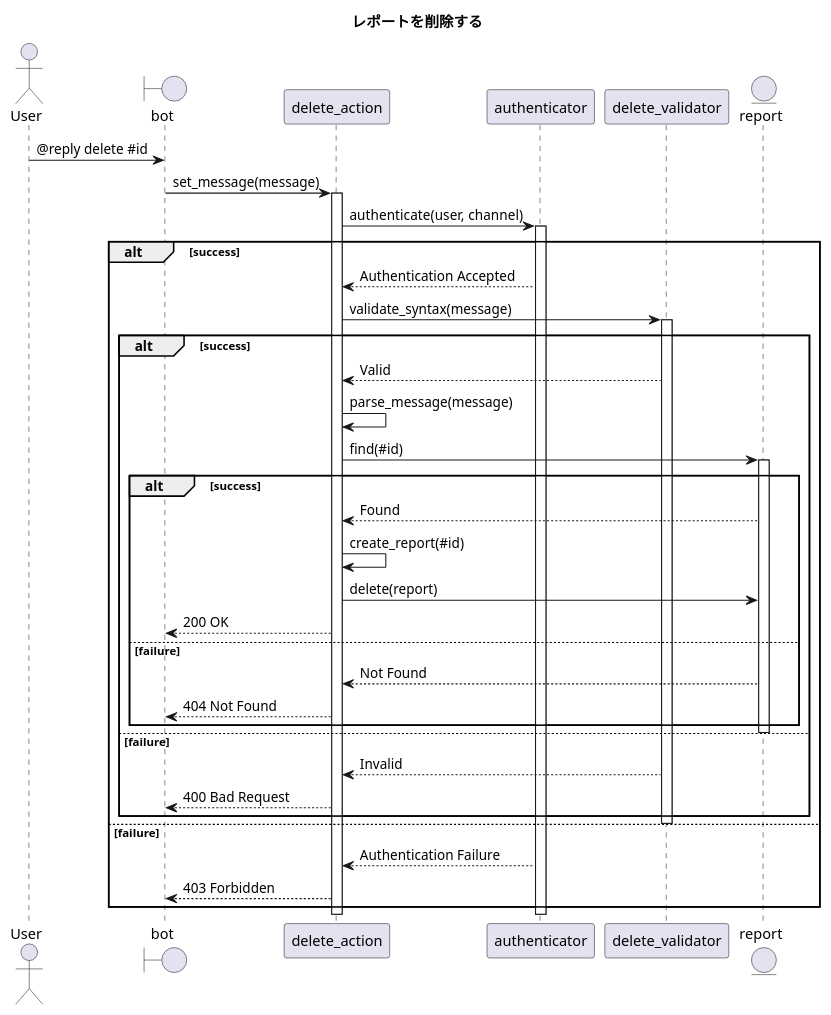
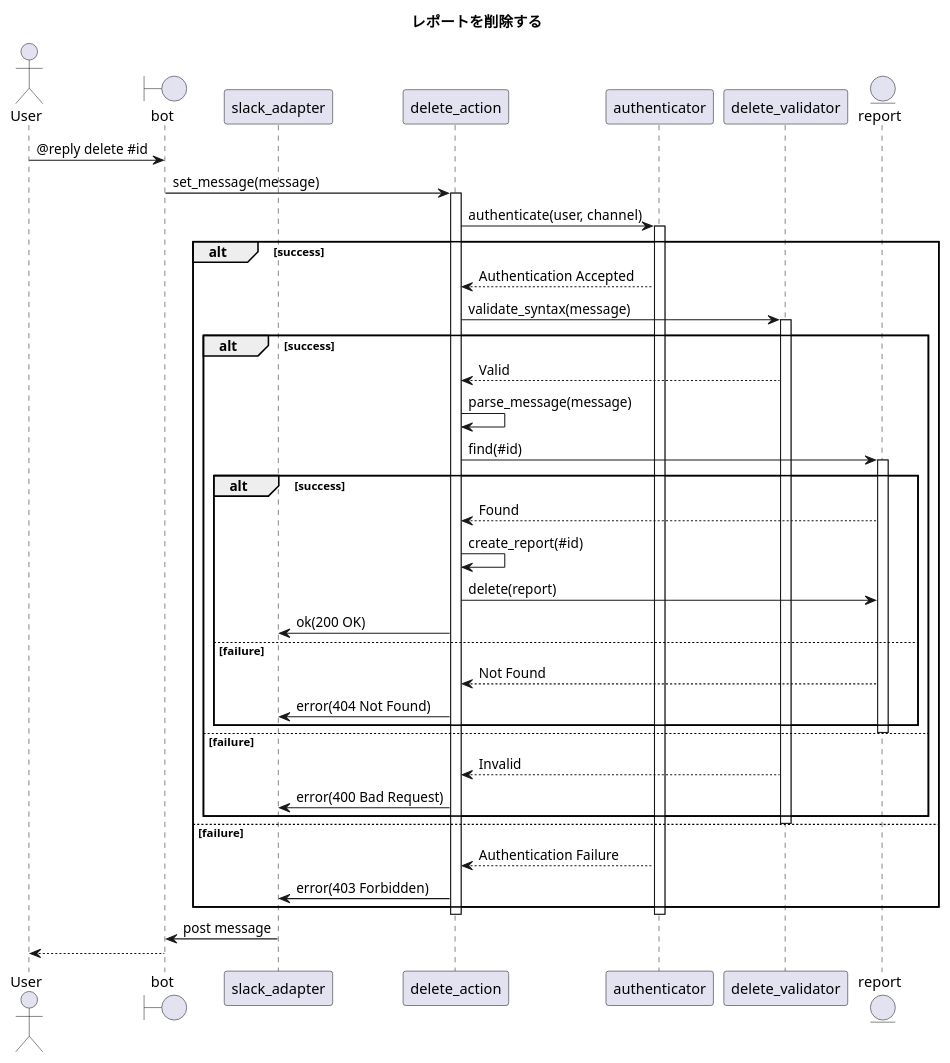
One commit to ito-masam/kpt-guard.doc changed the diagram in 1.design/5.sequences/delete-report.md. Above: the diagram before and after it, drawn with PlantUML. The commit also changed 3 other files, not shown here.

```diff
--- a/1.design/5.sequences/delete-report.md
+++ b/1.design/5.sequences/delete-report.md
@@ -1,52 +1,55 @@
 @startuml
 
     ' ----------- meta
     title レポートを削除する
 
     actor User
     boundary bot
+    participant slack_adapter
     participant delete_action
     participant authenticator
     participant delete_validator
     entity report
 
     ' ----------- main
     User -> bot : @reply delete #id
     bot -> delete_action : set_message(message)
     activate delete_action
       delete_action -> authenticator : authenticate(user, channel)
       activate authenticator
         alt success
           authenticator --> delete_action : Authentication Accepted
           delete_action -> delete_validator : validate_syntax(message)
           activate delete_validator
             alt success
               delete_validator --> delete_action : Valid
               delete_action -> delete_action : parse_message(message)
               delete_action -> report : find(#id)
               activate report
                 alt success
                   report --> delete_action : Found
                   delete_action -> delete_action : create_report(#id)
                   delete_action -> report : delete(report)
-                  delete_action --> bot : 200 OK
+                  delete_action -> slack_adapter : ok(200 OK)
                 else failure
                   report --> delete_action : Not Found
-                  delete_action --> bot : 404 Not Found
+                  delete_action -> slack_adapter : error(404 Not Found)
                 end
               deactivate report
             else failure
               ' ----------- alternative
               delete_validator --> delete_action : Invalid
-              delete_action --> bot : 400 Bad Request
+              delete_action -> slack_adapter : error(400 Bad Request)
             end
           deactivate delete_validator
         else failure
           ' ----------- alternative
           authenticator --> delete_action : Authentication Failure
-          delete_action --> bot : 403 Forbidden
+          delete_action -> slack_adapter : error(403 Forbidden)
         end
       deactivate authenticator
     deactivate delete_action
+    slack_adapter -> bot : post message
+    bot --> User
 
 @enduml
```
